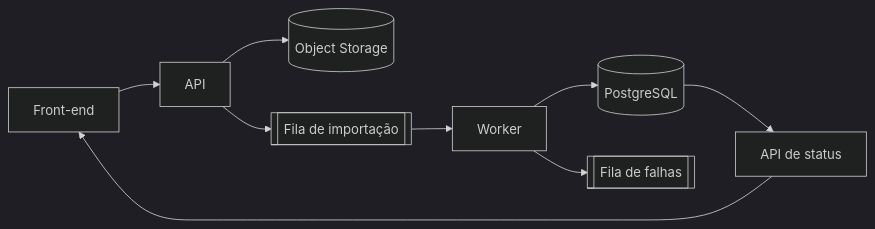
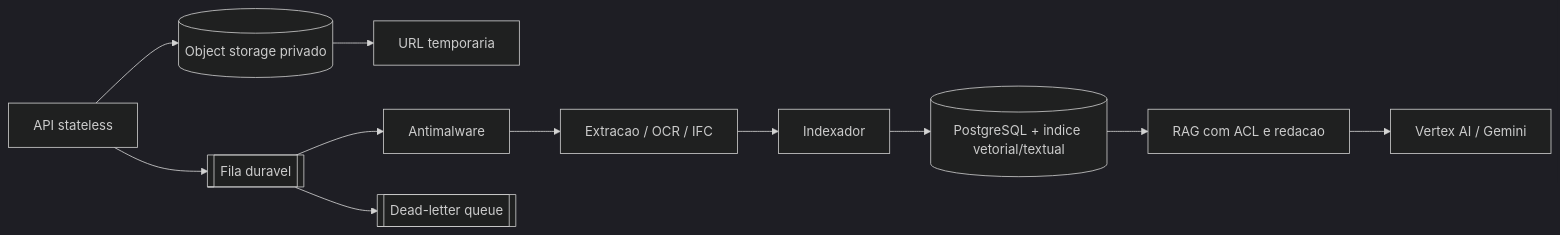
One commit to communitypower/GCV-Condominio-v3.0 changed the fifth of 5 diagrams in docs/DATA_IMPORT_TECHNICAL_ARCHITECTURE.md. Above: the diagram before and after it, drawn with Mermaid (dark theme). The commit also changed other lines of this file and 8 other files, not shown here.

````diff
--- a/docs/DATA_IMPORT_TECHNICAL_ARCHITECTURE.md
+++ b/docs/DATA_IMPORT_TECHNICAL_ARCHITECTURE.md
@@ -195,11 +288,13 @@
 ```mermaid
 flowchart LR
-    UI[Front-end] --> API[API]
-    API --> OBJECT[(Object Storage)]
-    API --> QUEUE[[Fila de importação]]
-    QUEUE --> WORKER[Worker]
-    WORKER --> DB[(PostgreSQL)]
-    WORKER --> DLQ[[Fila de falhas]]
-    DB --> STATUS[API de status]
-    STATUS --> UI
+    API[API stateless] --> OBJ[(Object storage privado)]
+    API --> QUEUE[[Fila duravel]]
+    QUEUE --> AV[Antimalware]
+    AV --> OCR[Extracao / OCR / IFC]
+    OCR --> INDEX[Indexador]
+    INDEX --> DB[(PostgreSQL + indice vetorial/textual)]
+    DB --> RAG[RAG com ACL e redacao]
+    RAG --> MODEL[Vertex AI / Gemini]
+    OBJ --> SIGNED[URL temporaria]
+    QUEUE --> DLQ[[Dead-letter queue]]
 ```
````
